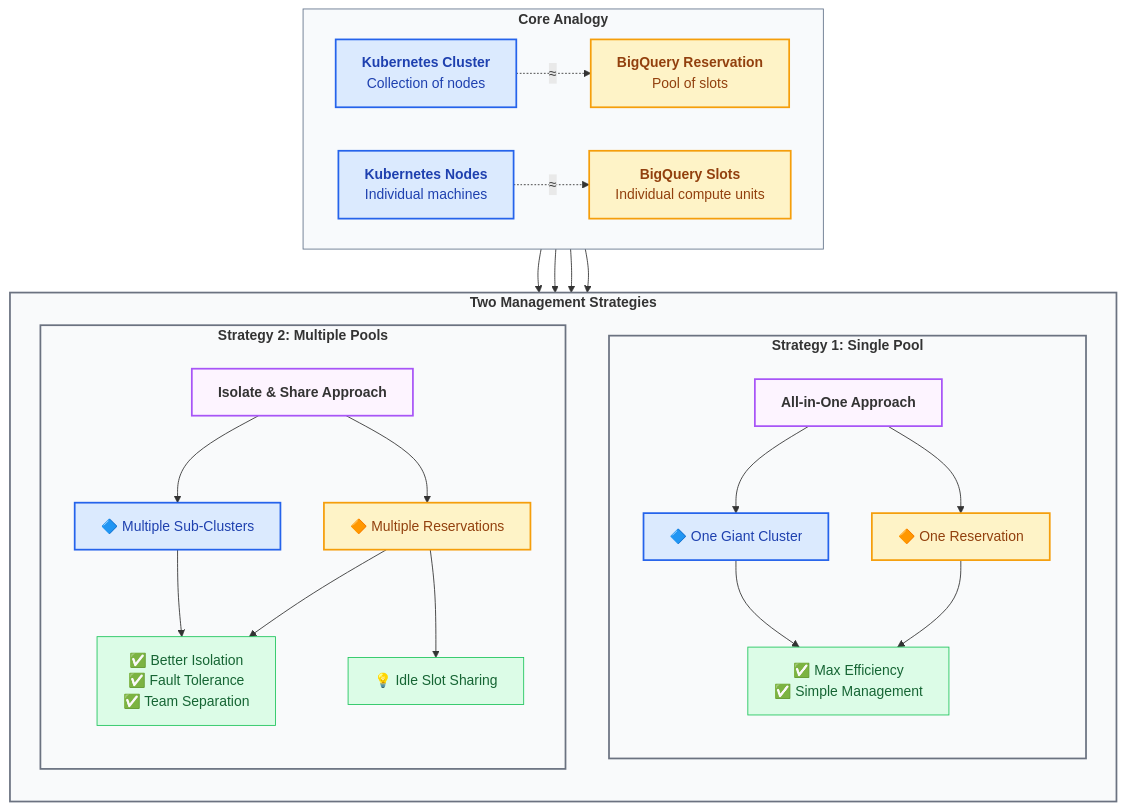
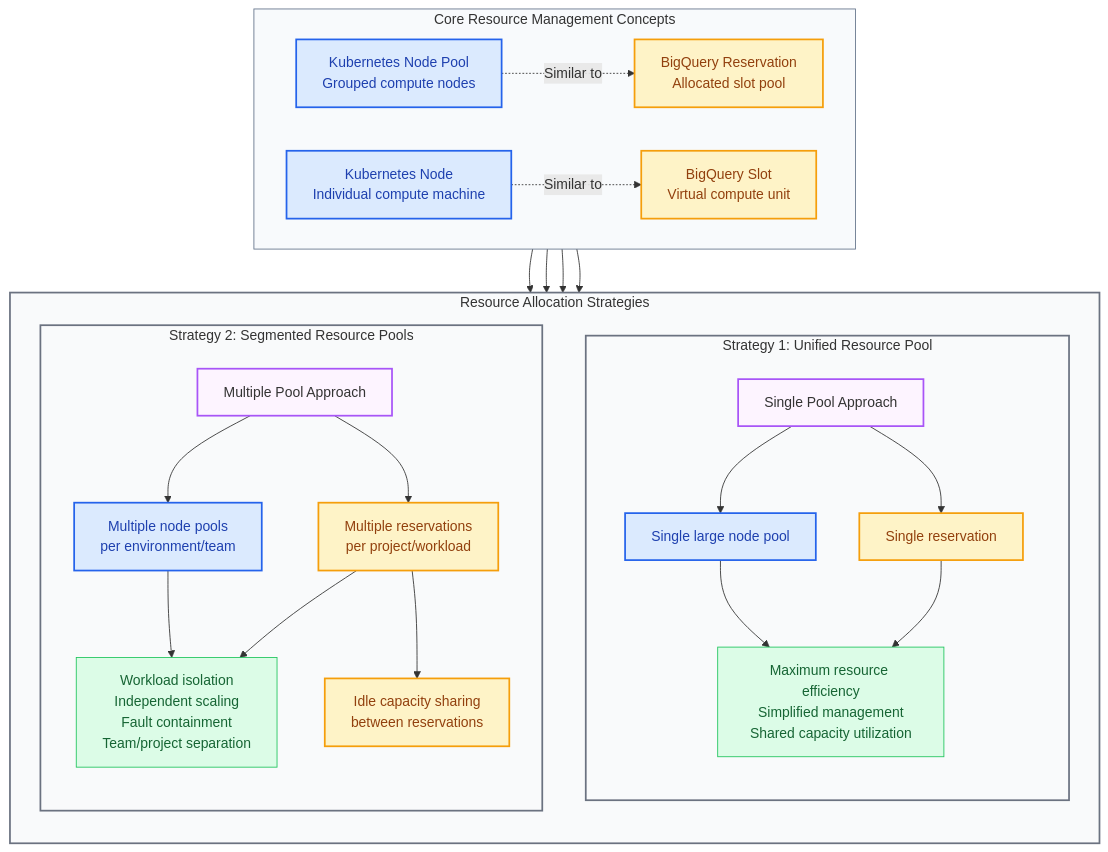
The diagram in bq_kubernetes_comparison/comparison.md (johanesalxd/random-stuff), drawn with Mermaid before and after one commit. The commit also changed other lines of this file and 3 other files, not shown here.

````diff
--- a/bq_kubernetes_comparison/comparison.md
+++ b/bq_kubernetes_comparison/comparison.md
@@ -1,68 +5,68 @@
 ``` mermaid
 graph TB
-    %% Core Analogy Section
-    subgraph Core["<b>Core Analogy</b>"]
+    %% Core Concepts
+    subgraph Core["Core Resource Management Concepts"]
         direction LR
-        K_Cluster["<b>Kubernetes Cluster</b><br/>Collection of nodes"]
-        BQ_Reservation["<b>BigQuery Reservation</b><br/>Pool of slots"]
-        K_Cluster -.->|"≈"| BQ_Reservation
+        K_NodePool["Kubernetes Node Pool<br/>Grouped compute nodes"]
+        BQ_Reservation["BigQuery Reservation<br/>Allocated slot pool"]
+        K_NodePool -.->|"Similar to"| BQ_Reservation
 
-        K_Nodes["<b>Kubernetes Nodes</b><br/>Individual machines"]
-        BQ_Slots["<b>BigQuery Slots</b><br/>Individual compute units"]
-        K_Nodes -.->|"≈"| BQ_Slots
+        K_Node["Kubernetes Node<br/>Individual compute machine"]
+        BQ_Slot["BigQuery Slot<br/>Virtual compute unit"]
+        K_Node -.->|"Similar to"| BQ_Slot
     end
 
     %% Strategy Implementations
-    subgraph Strategies["<b>Two Management Strategies</b>"]
+    subgraph Strategies["Resource Allocation Strategies"]
         direction TB
 
-        subgraph S1["<b>Strategy 1: Single Pool</b>"]
+        subgraph S1["Strategy 1: Unified Resource Pool"]
             direction TB
-            S1_Title["<b>All-in-One Approach</b>"]
-            S1_K8s["🔷 One Giant Cluster"]
-            S1_BQ["🔶 One Reservation"]
-            S1_Benefits["✅ Max Efficiency<br/>✅ Simple Management"]
+            S1_Title["Single Pool Approach"]
+            S1_K8s["Single large node pool"]
+            S1_BQ["Single reservation"]
+            S1_Benefits["Maximum resource efficiency<br/>Simplified management<br/>Shared capacity utilization"]
 
             S1_Title --> S1_K8s
             S1_Title --> S1_BQ
             S1_K8s --> S1_Benefits
             S1_BQ --> S1_Benefits
         end
 
-        subgraph S2["<b>Strategy 2: Multiple Pools</b>"]
+        subgraph S2["Strategy 2: Segmented Resource Pools"]
             direction TB
-            S2_Title["<b>Isolate & Share Approach</b>"]
-            S2_K8s["🔷 Multiple Sub-Clusters"]
-            S2_BQ["🔶 Multiple Reservations"]
-            S2_Benefits["✅ Better Isolation<br/>✅ Fault Tolerance<br/>✅ Team Separation"]
-            S2_Sharing["💡 Idle Slot Sharing"]
+            S2_Title["Multiple Pool Approach"]
+            S2_K8s["Multiple node pools<br/>per environment/team"]
+            S2_BQ["Multiple reservations<br/>per project/workload"]
+            S2_Benefits["Workload isolation<br/>Independent scaling<br/>Fault containment<br/>Team/project separation"]
+            S2_BQ_Feature["Idle capacity sharing<br/>between reservations"]
 
             S2_Title --> S2_K8s
             S2_Title --> S2_BQ
             S2_K8s --> S2_Benefits
             S2_BQ --> S2_Benefits
-            S2_BQ --> S2_Sharing
+            S2_BQ --> S2_BQ_Feature
         end
     end
 
-    %% Clean connections from core concepts to strategies
-    K_Cluster --> S1_Title
-    K_Cluster --> S2_Title
+    %% Connections
+    K_NodePool --> S1_Title
+    K_NodePool --> S2_Title
     BQ_Reservation --> S1_Title
     BQ_Reservation --> S2_Title
 
     %% Styling
     classDef kubernetes fill:#dbeafe,stroke:#2563eb,stroke-width:2px,color:#1e40af
     classDef bigquery fill:#fef3c7,stroke:#f59e0b,stroke-width:2px,color:#92400e
     classDef strategy fill:#f9fafb,stroke:#6b7280,stroke-width:2px
     classDef benefit fill:#dcfce7,stroke:#22c55e,stroke-width:1px,color:#166534
     classDef title fill:#fdf4ff,stroke:#a855f7,stroke-width:2px
     classDef core fill:#f8fafc,stroke:#64748b,stroke-width:1px
 
-    class K_Cluster,K_Nodes,S1_K8s,S2_K8s kubernetes
-    class BQ_Reservation,BQ_Slots,S1_BQ,S2_BQ bigquery
+    class K_NodePool,K_Node,S1_K8s,S2_K8s kubernetes
+    class BQ_Reservation,BQ_Slot,S1_BQ,S2_BQ,S2_BQ_Feature bigquery
     class S1,S2,Strategies strategy
-    class S1_Benefits,S2_Benefits,S2_Sharing benefit
+    class S1_Benefits,S2_Benefits benefit
     class S1_Title,S2_Title title
     class Core core
 ```
````
